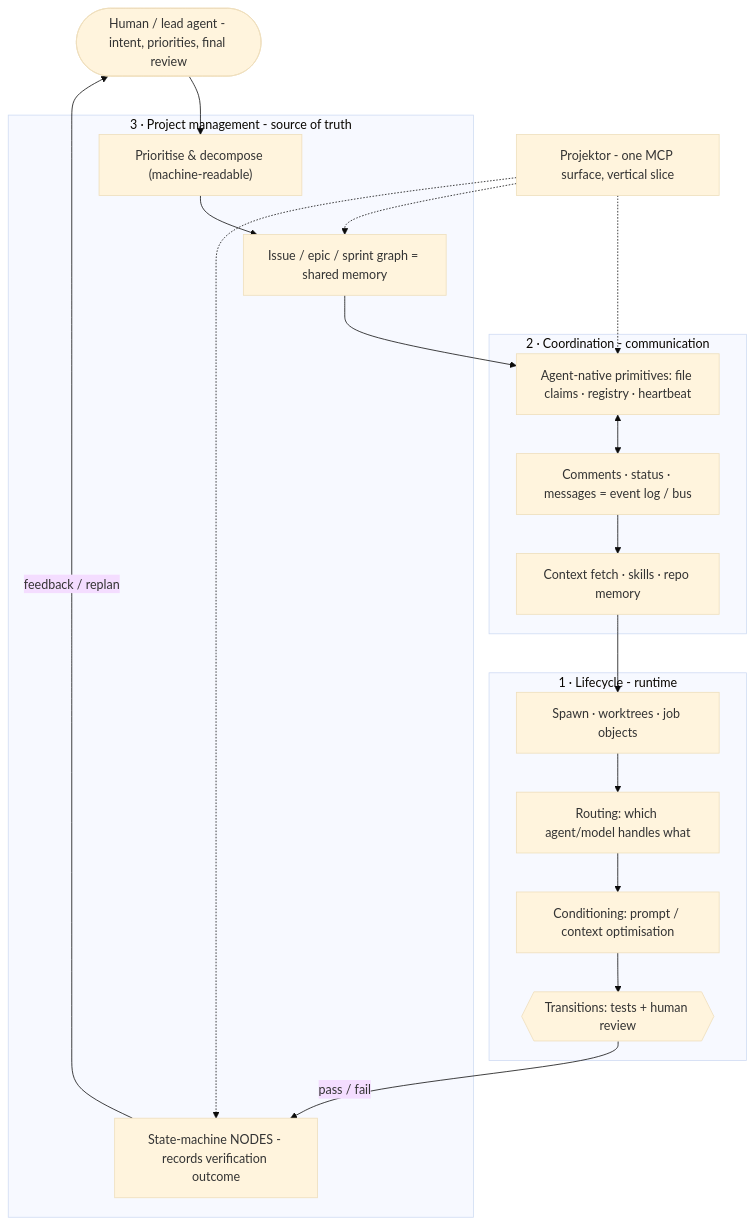
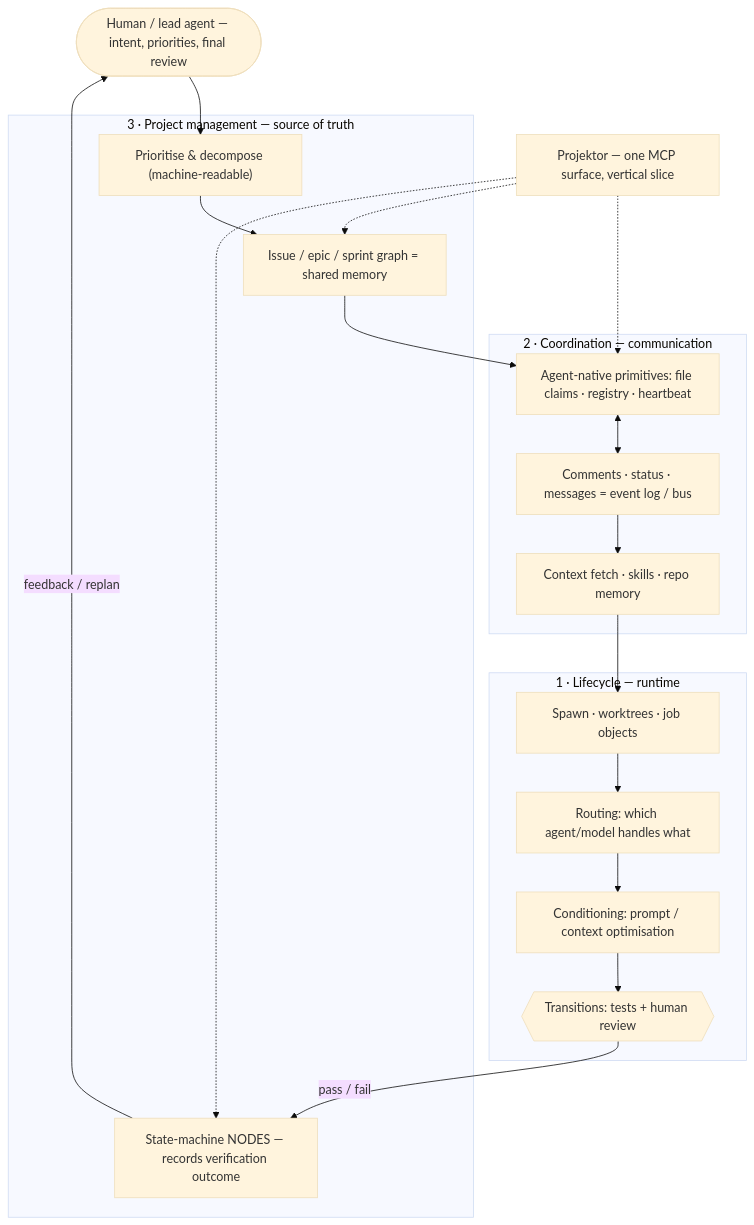
The diagram in apps/docs/src/content/docs/agents/agent-workflows.md (TAJD/projektor), drawn with Mermaid (base theme) before and after one commit. The commit also changed other lines of this file and 19 other files, not shown here.

````diff
--- a/apps/docs/src/content/docs/agents/agent-workflows.md
+++ b/apps/docs/src/content/docs/agents/agent-workflows.md
@@ -29,35 +29,35 @@
 ```mermaid
 flowchart TB
-    human(["Human / lead agent - intent, priorities, final review"])
+    human(["Human / lead agent — intent, priorities, final review"])
 
-    subgraph L3["3 · Project management - source of truth"]
+    subgraph L3["3 · Project management — source of truth"]
         graph3["Issue / epic / sprint graph = shared memory"]
         prio["Prioritise & decompose (machine-readable)"]
-        state["State-machine NODES - records verification outcome"]
+        state["State-machine NODES — records verification outcome"]
     end
 
-    subgraph L2["2 · Coordination - communication"]
+    subgraph L2["2 · Coordination — communication"]
         prim["Agent-native primitives: file claims · registry · heartbeat"]
         evt["Comments · status · messages = event log / bus"]
         ctx["Context fetch · skills · repo memory"]
     end
 
-    subgraph L1["1 · Lifecycle - runtime"]
+    subgraph L1["1 · Lifecycle — runtime"]
         spawn["Spawn · worktrees · job objects"]
         route["Routing: which agent/model handles what"]
         cond["Conditioning: prompt / context optimisation"]
         verify{{"Transitions: tests + human review"}}
     end
 
-    projektor["Projektor - one MCP surface, vertical slice"]
+    projektor["Projektor — one MCP surface, vertical slice"]
     projektor -.-> graph3
     projektor -.-> prim
     projektor -.-> state
 
     human --> prio --> graph3 --> prim
     prim <--> evt
     evt --> ctx --> spawn
     spawn --> route --> cond --> verify
     verify -->|pass / fail| state
     state -->|feedback / replan| human
 ```
````
